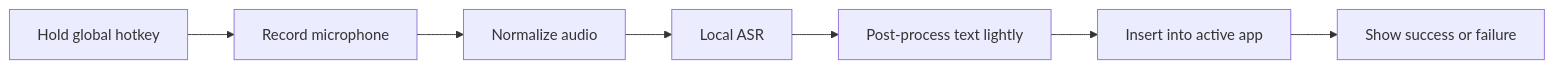
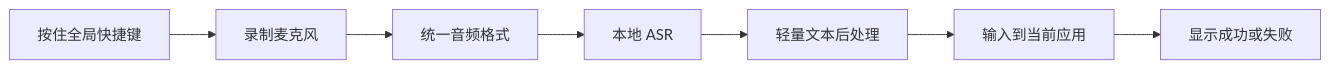
Before and after one commit to snowcraneww/vox-type: the diagram in docs/research/technical-options.md, drawn with Mermaid. The commit also changed other lines of this file and 14 other files, not shown here.

````diff
--- a/docs/research/technical-options.md
+++ b/docs/research/technical-options.md
@@ -13,9 +13,9 @@
 ```mermaid
 flowchart LR
-    A[Hold global hotkey] --> B[Record microphone]
-    B --> C[Normalize audio]
-    C --> D[Local ASR]
-    D --> E[Post-process text lightly]
-    E --> F[Insert into active app]
-    F --> G[Show success or failure]
+    A[按住全局快捷键] --> B[录制麦克风]
+    B --> C[统一音频格式]
+    C --> D[本地 ASR]
+    D --> E[轻量文本后处理]
+    E --> F[输入到当前应用]
+    F --> G[显示成功或失败]
 ```
````
